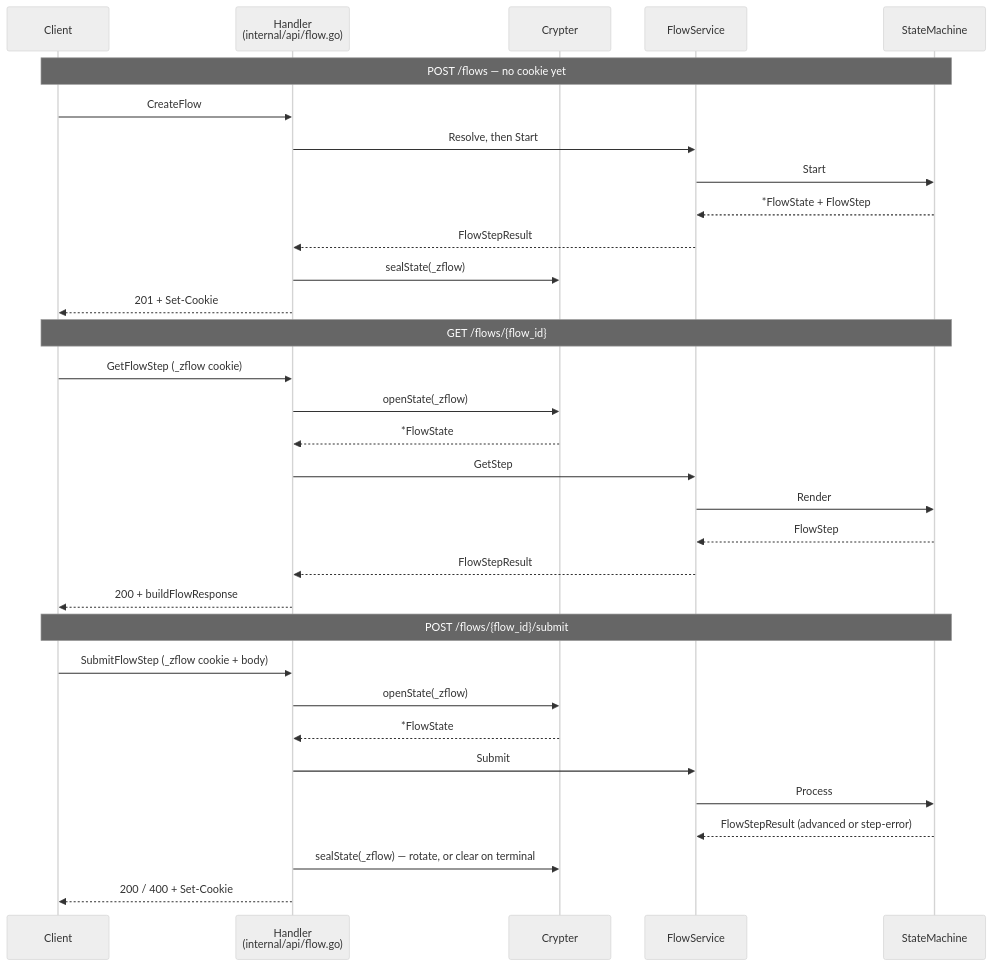
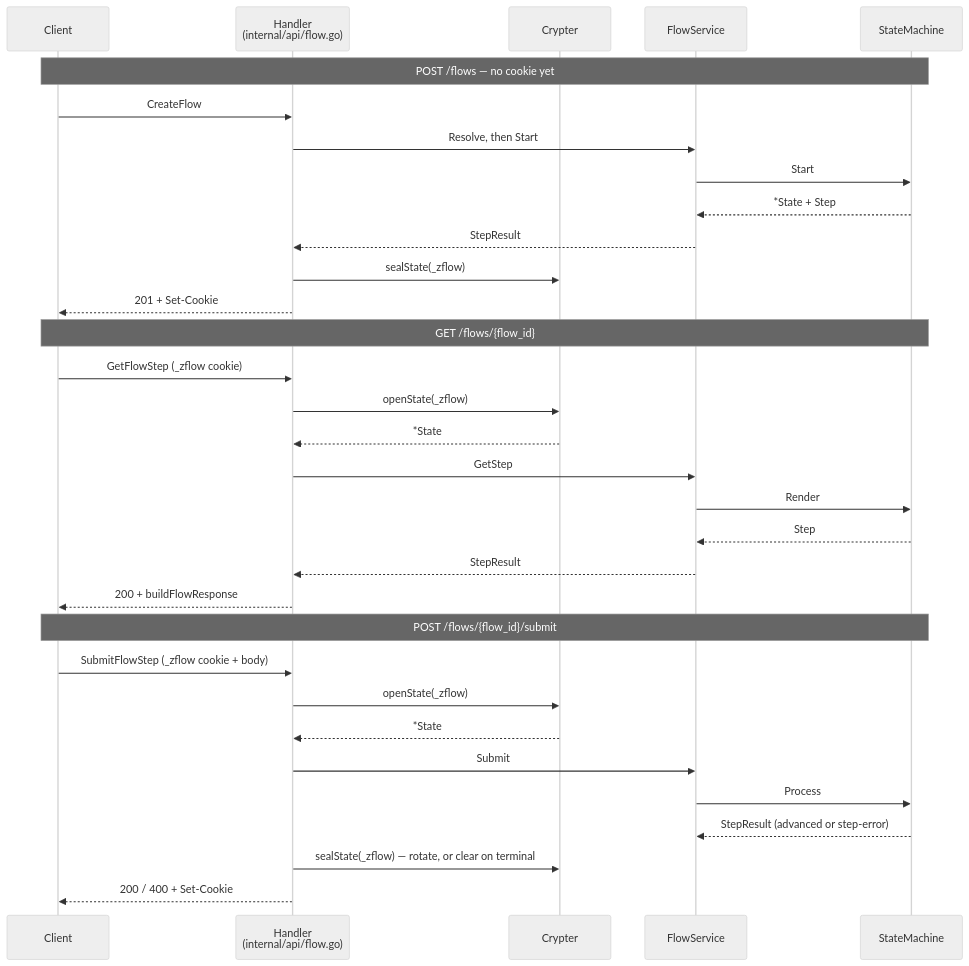
The second of 2 diagrams in docs/design/flowengine/architecture.md (zitadel/nextgen), drawn with Mermaid (neutral theme) before and after one commit. The commit also changed other lines of this file and 80 other files, not shown here.

First line of the commit message:
refactor(api): drop the Flow prefix from flowengine identifiers

````diff
--- a/docs/design/flowengine/architecture.md
+++ b/docs/design/flowengine/architecture.md
@@ -43,37 +43,37 @@
 ```mermaid
 sequenceDiagram
     participant C as Client
     participant H as Handler<br/>(internal/api/flow.go)
     participant K as Crypter
     participant S as FlowService
     participant SM as StateMachine
 
     Note over C,SM: POST /flows — no cookie yet
     C->>H: CreateFlow
     H->>S: Resolve, then Start
     S->>SM: Start
-    SM-->>S: *FlowState + FlowStep
-    S-->>H: FlowStepResult
+    SM-->>S: *State + Step
+    S-->>H: StepResult
     H->>K: sealState(_zflow)
     H-->>C: 201 + Set-Cookie
 
     Note over C,SM: GET /flows/{flow_id}
     C->>H: GetFlowStep (_zflow cookie)
     H->>K: openState(_zflow)
-    K-->>H: *FlowState
+    K-->>H: *State
     H->>S: GetStep
     S->>SM: Render
-    SM-->>S: FlowStep
-    S-->>H: FlowStepResult
+    SM-->>S: Step
+    S-->>H: StepResult
     H-->>C: 200 + buildFlowResponse
 
     Note over C,SM: POST /flows/{flow_id}/submit
     C->>H: SubmitFlowStep (_zflow cookie + body)
     H->>K: openState(_zflow)
-    K-->>H: *FlowState
+    K-->>H: *State
     H->>S: Submit
     S->>SM: Process
-    SM-->>S: FlowStepResult (advanced or step-error)
+    SM-->>S: StepResult (advanced or step-error)
     H->>K: sealState(_zflow) — rotate, or clear on terminal
     H-->>C: 200 / 400 + Set-Cookie
 ```
````
